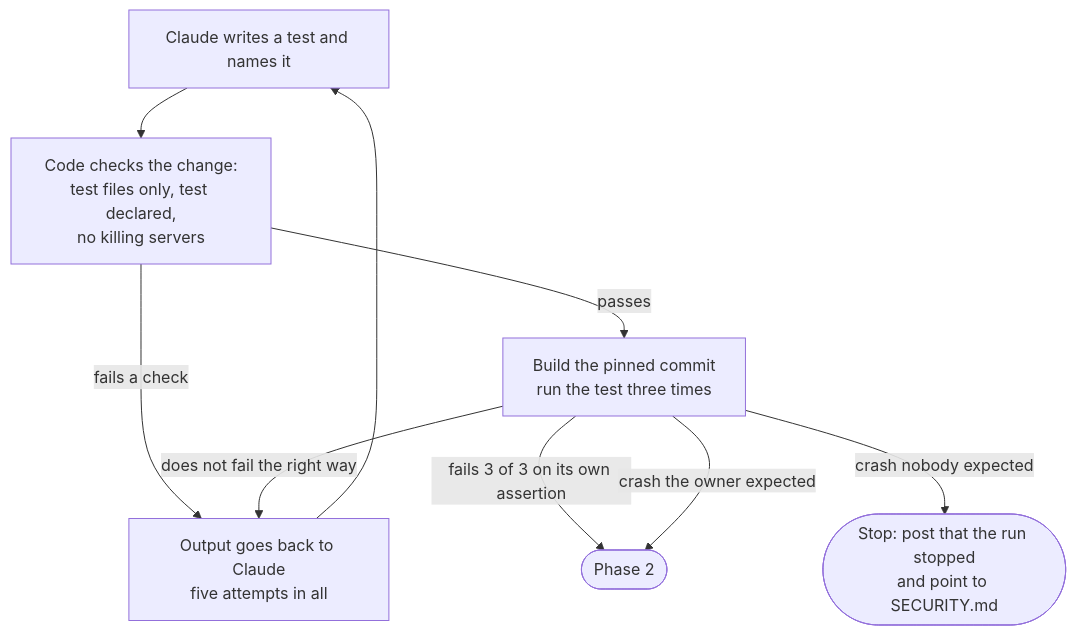
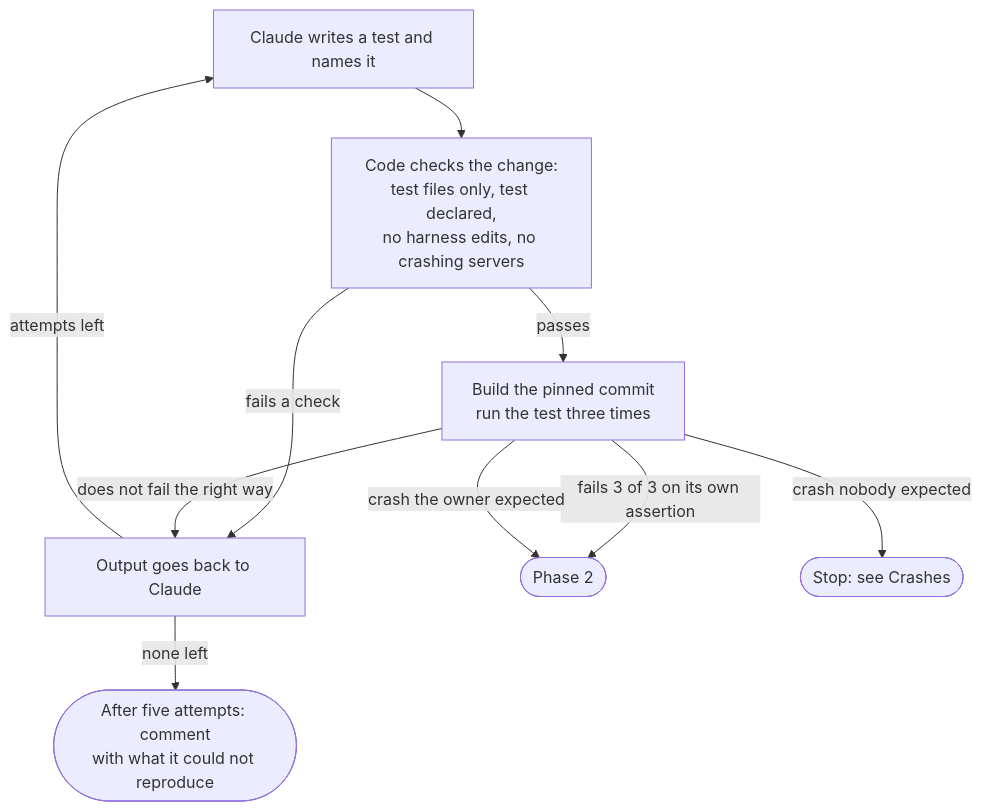
The fourth of 8 diagrams in docs/design/software-factory.md (sarthakaggarwal97/valkey-ci-agent), drawn with Mermaid before and after one commit. The commit also changed other lines of this file, not shown here.

````diff
--- a/docs/design/software-factory.md
+++ b/docs/design/software-factory.md
@@ -304,17 +309,19 @@
 ```mermaid
 flowchart TD
     A["Claude writes a test and names it"]
-    B["Code checks the change:<br/>test files only, test declared,<br/>no killing servers"]
+    B["Code checks the change:<br/>test files only, test declared,<br/>no harness edits, no crashing servers"]
     C["Build the pinned commit<br/>run the test three times"]
-    R["Output goes back to Claude<br/>five attempts in all"]
+    R["Output goes back to Claude"]
+    N(["After five attempts: comment<br/>with what it could not reproduce"])
     P2(["Phase 2"])
-    S(["Stop: post that the run stopped<br/>and point to SECURITY.md"])
+    S(["Stop: see Crashes"])
     A --> B
     B -->|"fails a check"| R
     B -->|"passes"| C
     C -->|"fails 3 of 3 on its own assertion"| P2
     C -->|"does not fail the right way"| R
     C -->|"crash the owner expected"| P2
     C -->|"crash nobody expected"| S
-    R --> A
+    R -->|"attempts left"| A
+    R -->|"none left"| N
 ```
````
